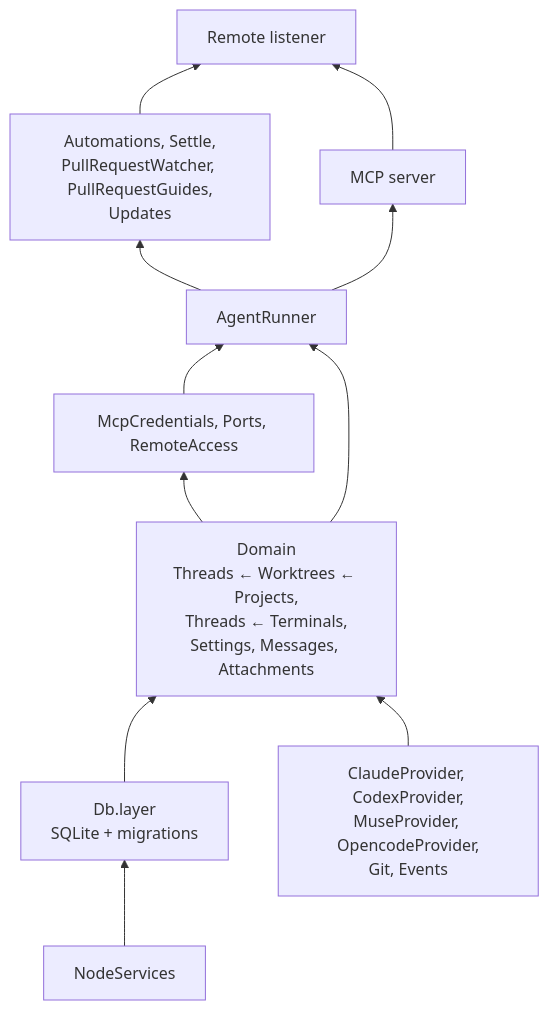
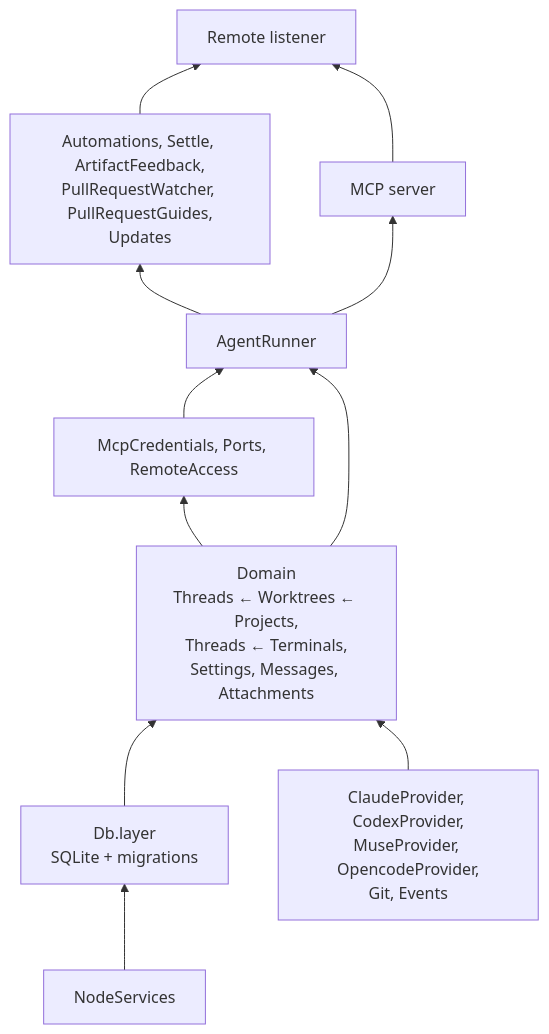
The fourth of 19 diagrams in docs/arch.md (hinadev-ai/hinacode), drawn with Mermaid before and after one commit. The commit also changed other lines of this file and 17 other files, not shown here.

````diff
--- a/docs/arch.md
+++ b/docs/arch.md
@@ -126,20 +126,20 @@
 ```mermaid
 flowchart BT
   node["NodeServices"]
   db["Db.layer<br/>SQLite + migrations"]
   infra["ClaudeProvider, CodexProvider,<br/>MuseProvider, OpencodeProvider,<br/>Git, Events"]
   domain["Domain<br/>Threads ← Worktrees ← Projects,<br/>Threads ← Terminals,<br/>Settings, Messages, Attachments"]
   features["McpCredentials, Ports, RemoteAccess"]
   runner["AgentRunner"]
-  autos["Automations, Settle,<br/>PullRequestWatcher, PullRequestGuides,<br/>Updates"]
+  autos["Automations, Settle, ArtifactFeedback,<br/>PullRequestWatcher, PullRequestGuides,<br/>Updates"]
   mcp["MCP server"]
   remote["Remote listener"]
 
   node --> db --> domain
   infra --> domain
   domain --> features --> runner
   domain --> runner
   runner --> autos
   runner --> mcp
   autos & mcp --> remote
 ```
````
